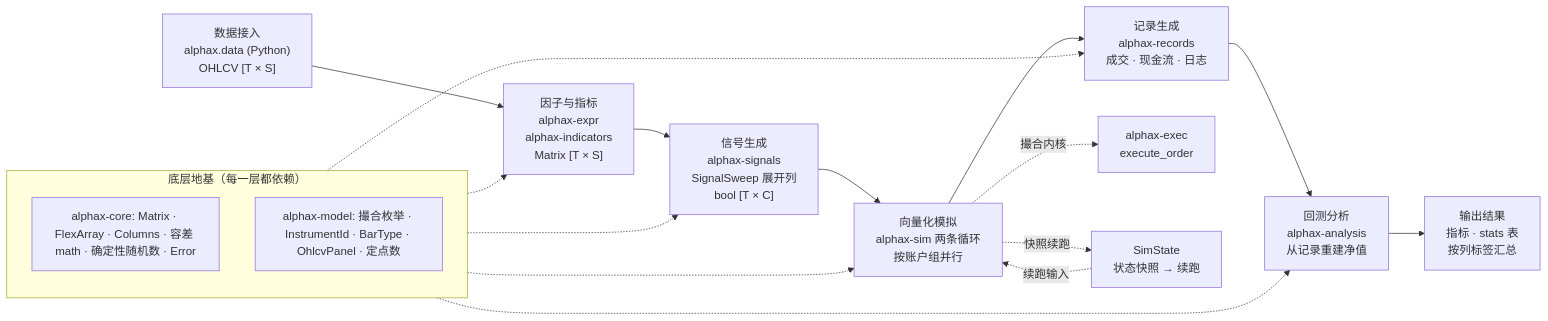
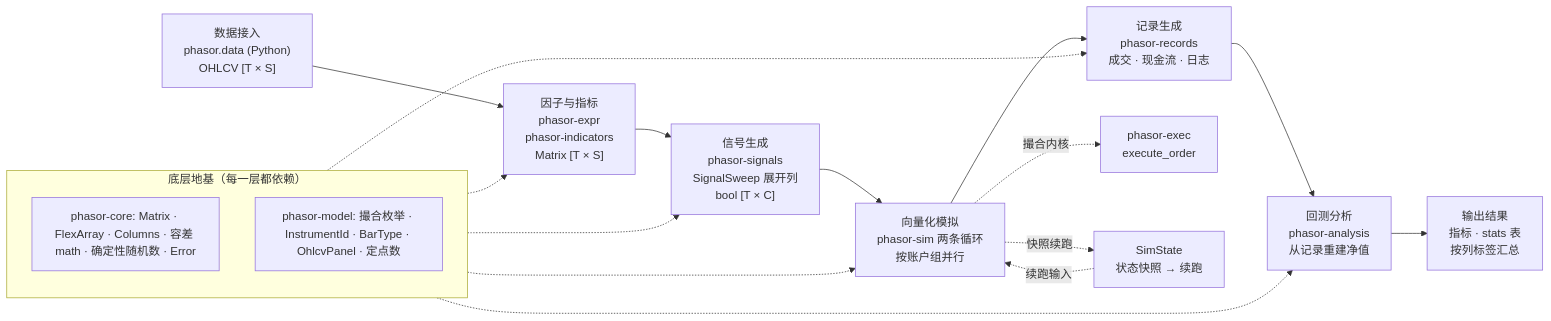
The first of 9 diagrams in docs/architecture.md (nivalume/alphax), drawn with Mermaid before and after one commit. The commit also changed other lines of this file and 37 other files, not shown here.

First line of the commit message:
feat(factor): add factor evaluation engine and Python bindings

````diff
--- a/docs/architecture.md
+++ b/docs/architecture.md
@@ -20,23 +20,23 @@
 ```mermaid
 flowchart LR
-    Data["数据接入<br/>alphax.data (Python)<br/>OHLCV [T × S]"] --> Factor["因子与指标<br/>alphax-expr<br/>alphax-indicators<br/>Matrix [T × S]"]
-    Factor --> Signal["信号生成<br/>alphax-signals<br/>SignalSweep 展开列<br/>bool [T × C]"]
-    Signal --> Sim["向量化模拟<br/>alphax-sim 两条循环<br/>按账户组并行"]
-    Sim --> Rec["记录生成<br/>alphax-records<br/>成交 · 现金流 · 日志"]
-    Rec --> Analysis["回测分析<br/>alphax-analysis<br/>从记录重建净值"]
+    Data["数据接入<br/>phasor.data (Python)<br/>OHLCV [T × S]"] --> Factor["因子与指标<br/>phasor-expr<br/>phasor-indicators<br/>Matrix [T × S]"]
+    Factor --> Signal["信号生成<br/>phasor-signals<br/>SignalSweep 展开列<br/>bool [T × C]"]
+    Signal --> Sim["向量化模拟<br/>phasor-sim 两条循环<br/>按账户组并行"]
+    Sim --> Rec["记录生成<br/>phasor-records<br/>成交 · 现金流 · 日志"]
+    Rec --> Analysis["回测分析<br/>phasor-analysis<br/>从记录重建净值"]
     Analysis --> Result["输出结果<br/>指标 · stats 表<br/>按列标签汇总"]
 
-    Sim -.撮合内核.-> Exec["alphax-exec<br/>execute_order"]
+    Sim -.撮合内核.-> Exec["phasor-exec<br/>execute_order"]
     Sim -.快照续跑.-> State["SimState<br/>状态快照 → 续跑"]
     State -.续跑输入.-> Sim
 
     subgraph Foundation["底层地基（每一层都依赖）"]
-        Core["alphax-core: Matrix · FlexArray · Columns · 容差 math · 确定性随机数 · Error"]
-        Model["alphax-model: 撮合枚举 · InstrumentId · BarType · OhlcvPanel · 定点数"]
+        Core["phasor-core: Matrix · FlexArray · Columns · 容差 math · 确定性随机数 · Error"]
+        Model["phasor-model: 撮合枚举 · InstrumentId · BarType · OhlcvPanel · 定点数"]
     end
     Foundation -.-> Sim
     Foundation -.-> Factor
     Foundation -.-> Signal
     Foundation -.-> Rec
     Foundation -.-> Analysis
 ```
````
